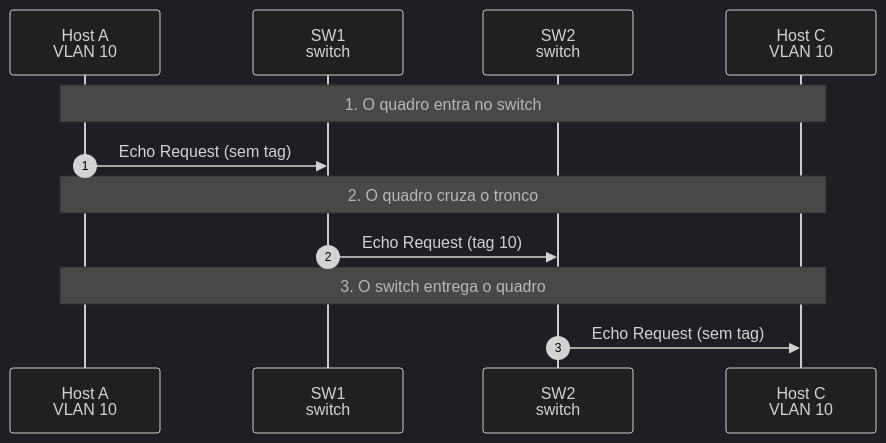
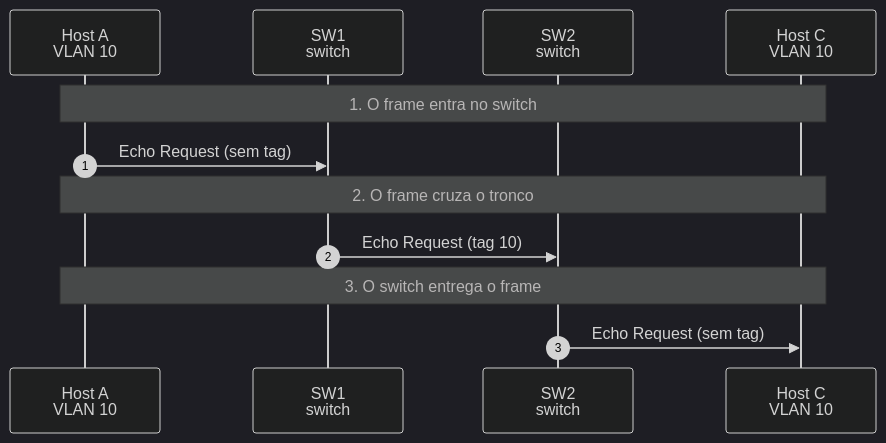
One commit to emanuel-bs/simul-net changed diagram 13 of 29 in docs/simuladores/vlan.md. Above: the diagram before and after it, drawn with Mermaid (dark theme). The commit also changed other lines of this file and 96 other files, not shown here.

````diff
--- a/docs/simuladores/vlan.md
+++ b/docs/simuladores/vlan.md
@@ -415,14 +415,14 @@
 ```mermaid
 sequenceDiagram
   autonumber
   participant n_a as Host A<br/>VLAN 10
   participant n_sw1 as SW1<br/>switch
   participant n_sw2 as SW2<br/>switch
   participant n_c as Host C<br/>VLAN 10
-  Note over n_a,n_c: 1. O quadro entra no switch
+  Note over n_a,n_c: 1. O frame entra no switch
   n_a ->> n_sw1: Echo Request (sem tag)
-  Note over n_a,n_c: 2. O quadro cruza o tronco
+  Note over n_a,n_c: 2. O frame cruza o tronco
   n_sw1 ->> n_sw2: Echo Request (tag 10)
-  Note over n_a,n_c: 3. O switch entrega o quadro
+  Note over n_a,n_c: 3. O switch entrega o frame
   n_sw2 ->> n_c: Echo Request (sem tag)
 ```
````
